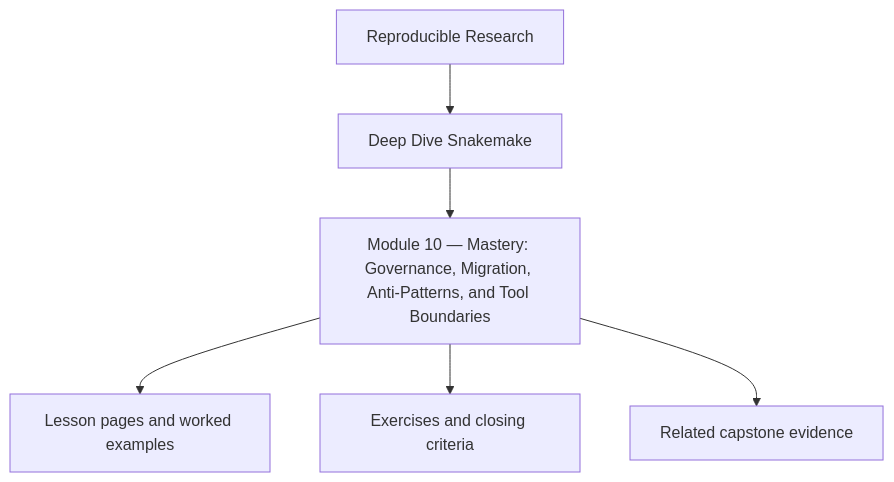
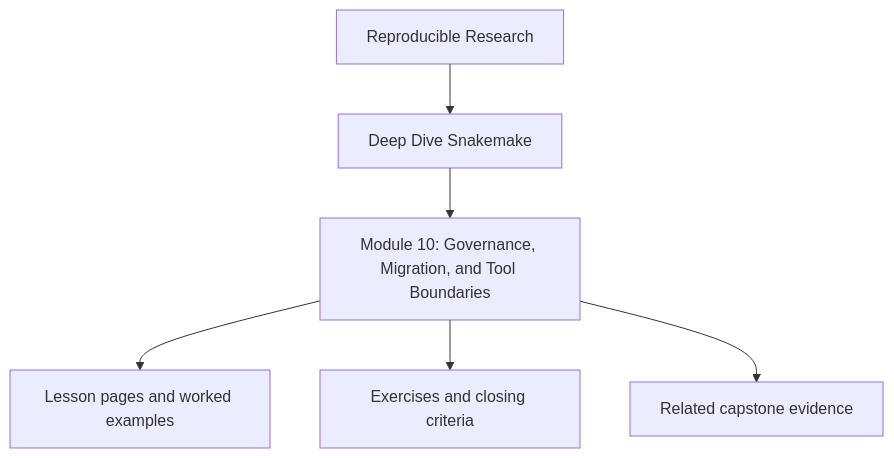
One commit to bijux/bijux-masterclass changed the first of 2 diagrams in programs/reproducible-research/deep-dive-snakemake/course-book/module-10-governance-migration-and-tool-boundaries/index.md. Above: the diagram before and after it, drawn with Mermaid. The commit also changed other lines of this file and 241 other files, not shown here.

````diff
--- a/programs/reproducible-research/deep-dive-snakemake/course-book/module-10-governance-migration-and-tool-boundaries/index.md
+++ b/programs/reproducible-research/deep-dive-snakemake/course-book/module-10-governance-migration-and-tool-boundaries/index.md
@@ -9,8 +9,8 @@
 ```mermaid
 flowchart TD
   family["Reproducible Research"] --> program["Deep Dive Snakemake"]
-  program --> module["Module 10 — Mastery: Governance, Migration, Anti-Patterns, and Tool Boundaries"]
+  program --> module["Module 10: Governance, Migration, and Tool Boundaries"]
   module --> lessons["Lesson pages and worked examples"]
   module --> checkpoints["Exercises and closing criteria"]
   module --> capstone["Related capstone evidence"]
 ```
````
